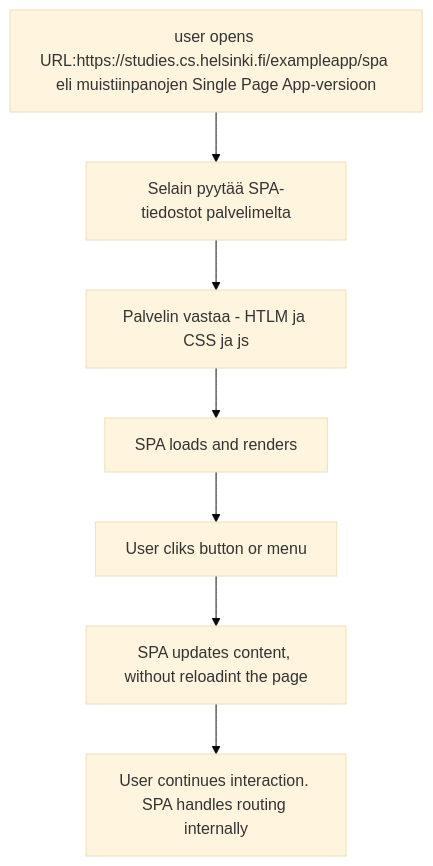
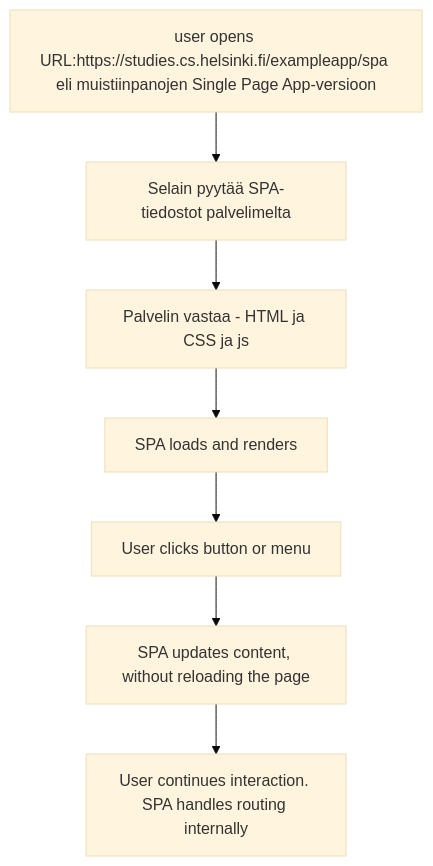
The diagram in Part 0/Tehtävä 5.md (HappyKarhu/fullstackopen), drawn with Mermaid (base theme) before and after one commit. The commit also changed 1 other file, not shown here.

Commit message:
updated 0 folder

````diff
--- a/Part 0/Tehtävä 5.md
+++ b/Part 0/Tehtävä 5.md
@@ -3,9 +3,9 @@
 ```mermaid
 flowchart TD
     A[user opens URL:https://studies.cs.helsinki.fi/exampleapp/spa eli muistiinpanojen Single Page App-versioon] --> B[Selain pyytää SPA-tiedostot palvelimelta];
-    B --> C[Palvelin vastaa - HTLM ja CSS ja js];
+    B --> C[Palvelin vastaa - HTML ja CSS ja js];
     C --> D[SPA loads and renders];
-    D --> E[User cliks button or menu];
-    E --> F[SPA updates content, without reloadint the page];
+    D --> E[User clicks button or menu];
+    E --> F[SPA updates content, without reloading the page];
     F --> G[User continues interaction. SPA handles routing internally];
 ```
````
